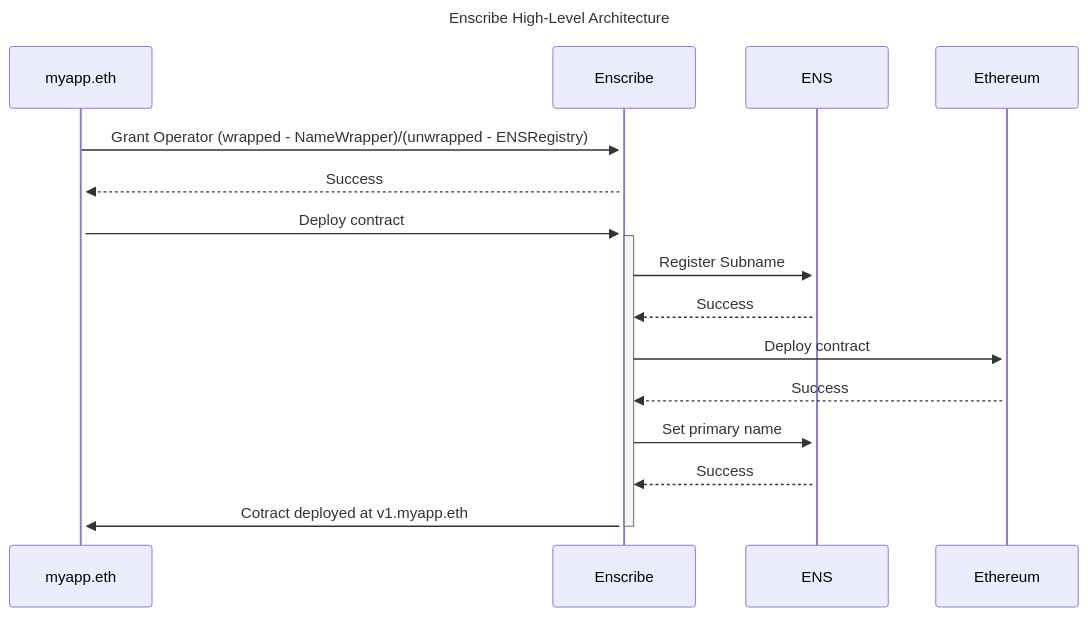
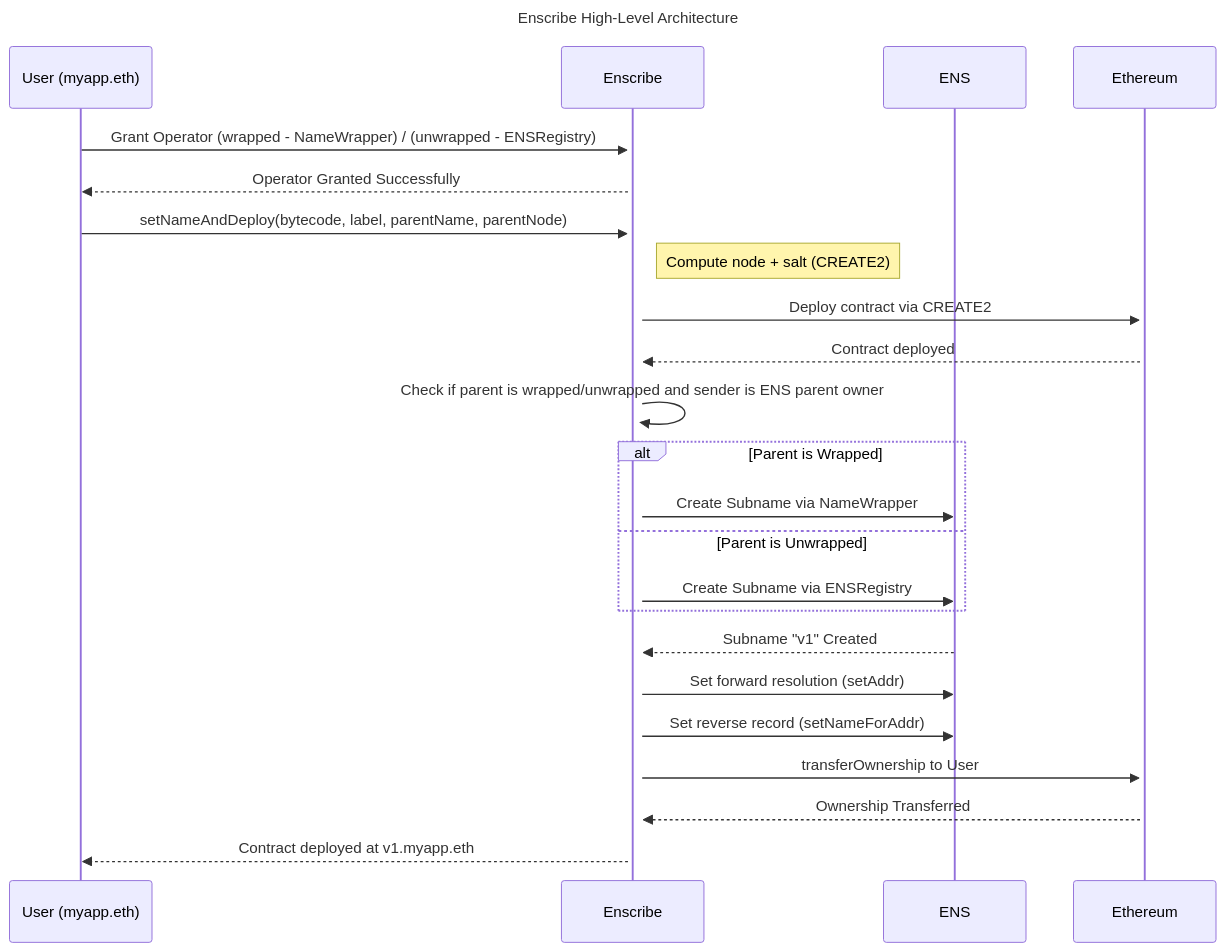
One commit to enscribexyz/enscribe changed the diagram in docs/docs/getting-started/contract-deployment-service.mdx. Above: the diagram before and after it, drawn with Mermaid.

Commit message:
updated sequence diagram

````diff
--- a/docs/docs/getting-started/contract-deployment-service.mdx
+++ b/docs/docs/getting-started/contract-deployment-service.mdx
@@ -30,16 +30,35 @@
 ```mermaid
 ---
 title: Enscribe High-Level Architecture
 ---
 sequenceDiagram;
-    myapp.eth->>+Enscribe: Grant Operator (wrapped - NameWrapper)/(unwrapped - ENSRegistry);
-    Enscribe-->>+myapp.eth: Success;
-    myapp.eth->>+Enscribe: Deploy contract;
-    Enscribe->>+ENS: Register Subname;
-    ENS-->>Enscribe: Success;
-    Enscribe->>+Ethereum: Deploy contract;
-    Ethereum-->>Enscribe: Success;
-    Enscribe->>+ENS: Set primary name;
-    ENS-->>Enscribe: Success;
-    Enscribe->>-myapp.eth: Cotract deployed at v1.myapp.eth;
+    participant User (myapp.eth)
+    participant Enscribe
+    participant ENS
+    participant Ethereum
+
+    User (myapp.eth)->>+Enscribe: Grant Operator (wrapped - NameWrapper) / (unwrapped - ENSRegistry)
+    Enscribe-->>User (myapp.eth): Operator Granted Successfully
+
+    User (myapp.eth)->>+Enscribe: setNameAndDeploy(bytecode, label, parentName, parentNode)
+    Note right of Enscribe: Compute node + salt (CREATE2)
+    Enscribe->>+Ethereum: Deploy contract via CREATE2
+    Ethereum-->>Enscribe: Contract deployed
+
+    Enscribe->>Enscribe: Check if parent is wrapped/unwrapped and sender is ENS parent owner
+
+    alt Parent is Wrapped
+        Enscribe->>ENS: Create Subname via NameWrapper
+    else Parent is Unwrapped
+        Enscribe->>ENS: Create Subname via ENSRegistry
+    end
+
+    ENS-->>Enscribe: Subname "v1" Created
+    Enscribe->>ENS: Set forward resolution (setAddr)
+    Enscribe->>ENS: Set reverse record (setNameForAddr)
+
+    Enscribe->>Ethereum: transferOwnership to User
+    Ethereum-->>Enscribe: Ownership Transferred
+
+    Enscribe-->>User (myapp.eth): Contract deployed at v1.myapp.eth
 ```
````
